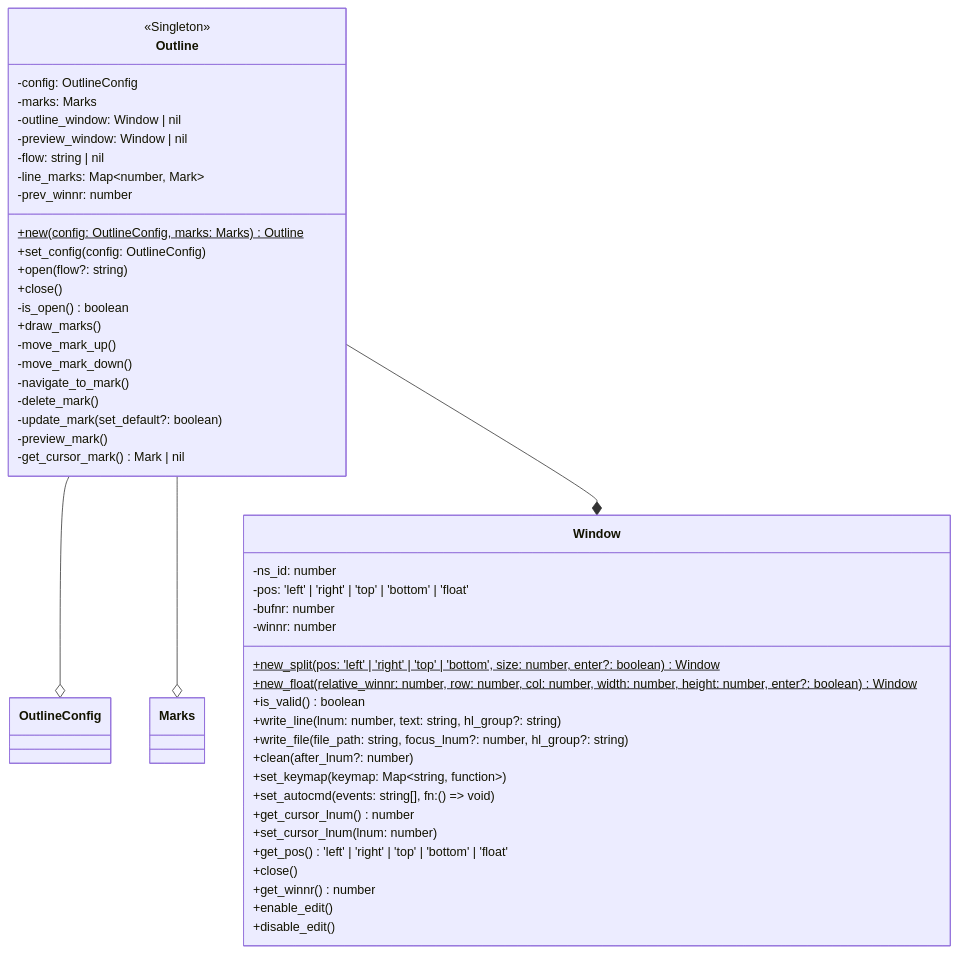
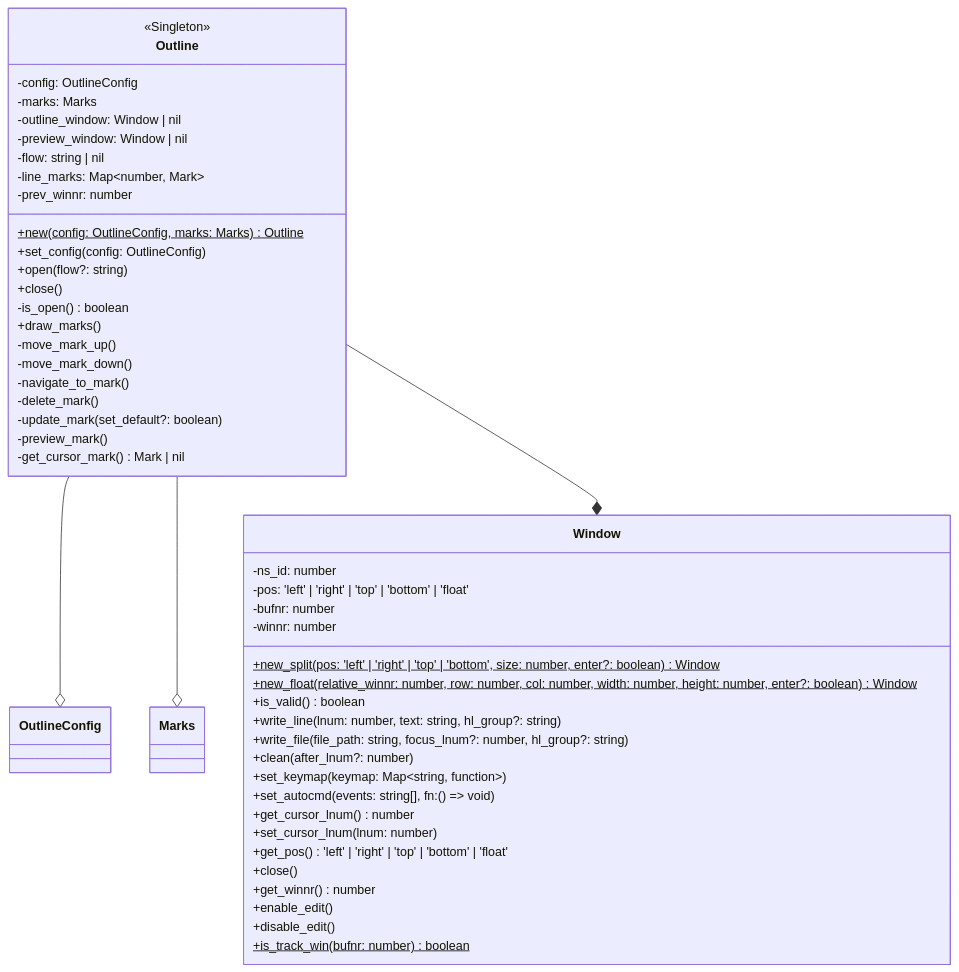
Before and after one commit to niuiic/track.nvim: diagram 19 of 25 in DESIGN.md, drawn with Mermaid. The commit also changed 3 other files, not shown here.

````diff
--- a/DESIGN.md
+++ b/DESIGN.md
@@ -430,58 +430,59 @@
 ```mermaid
 classDiagram
     Outline --o OutlineConfig
     Outline --o Marks
     Outline --* Window
     class Outline {
         <<Singleton>>
 
         -config: OutlineConfig
         -marks: Marks
         -outline_window: Window | nil
         -preview_window: Window | nil
         -flow: string | nil
         -line_marks: Map~number, Mark~
         -prev_winnr: number
 
         %% new
         +new(config: OutlineConfig, marks: Marks)$ Outline
         %% config
         +set_config(config: OutlineConfig)
         %% outline
         +open(flow?: string)
         +close()
         -is_open() boolean
         %% mark
         +draw_marks()
         -move_mark_up()
         -move_mark_down()
         -navigate_to_mark()
         -delete_mark()
         -update_mark(set_default?: boolean)
         -preview_mark()
         -get_cursor_mark() Mark | nil
     }
 
     class Window {
         -ns_id: number
         -pos: 'left' | 'right' | 'top' | 'bottom' | 'float'
         -bufnr: number
         -winnr: number
 
         +new_split(pos: 'left' | 'right' | 'top' | 'bottom', size: number, enter?: boolean)$ Window
         +new_float(relative_winnr: number, row: number, col: number, width: number, height: number, enter?: boolean)$ Window
         +is_valid() boolean
         +write_line(lnum: number, text: string, hl_group?: string)
         +write_file(file_path: string, focus_lnum?: number, hl_group?: string)
         +clean(after_lnum?: number)
         +set_keymap(keymap: Map~string, function~)
         +set_autocmd(events: string[], fn: () => void)
         +get_cursor_lnum() number
         +set_cursor_lnum(lnum: number)
         +get_pos() 'left' | 'right' | 'top' | 'bottom' | 'float'
         +close()
         +get_winnr() number
         +enable_edit()
         +disable_edit()
+        +is_track_win(bufnr: number)$ boolean
     }
 ```
````
